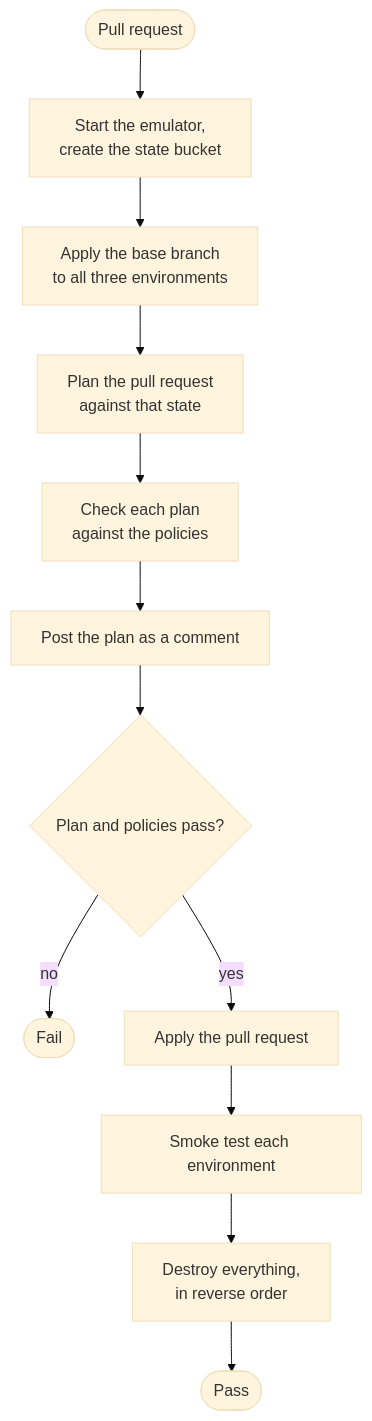
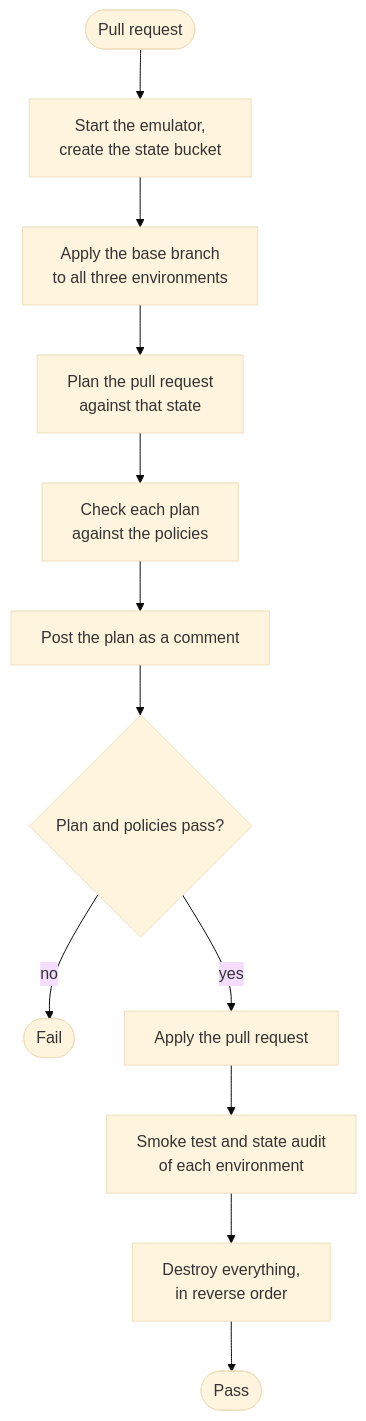
The first of 2 diagrams in docs/guides/pipeline.md (Akinz-bobo/meridian-supply-platform), drawn with Mermaid (base theme) before and after one commit. The commit also changed other lines of this file and 2 other files, not shown here.

````diff
--- a/docs/guides/pipeline.md
+++ b/docs/guides/pipeline.md
@@ -29,14 +29,14 @@
 ```mermaid
 flowchart TB
     pr([Pull request]) --> up[Start the emulator,<br/>create the state bucket]
     up --> base[Apply the base branch<br/>to all three environments]
     base --> plan[Plan the pull request<br/>against that state]
     plan --> policy[Check each plan<br/>against the policies]
     policy --> comment[Post the plan as a comment]
     comment --> gate{Plan and policies pass?}
     gate -- no --> fail([Fail])
     gate -- yes --> apply[Apply the pull request]
-    apply --> smoke[Smoke test each environment]
+    apply --> smoke[Smoke test and state audit<br/>of each environment]
     smoke --> destroy[Destroy everything,<br/>in reverse order]
     destroy --> pass([Pass])
 ```
````
